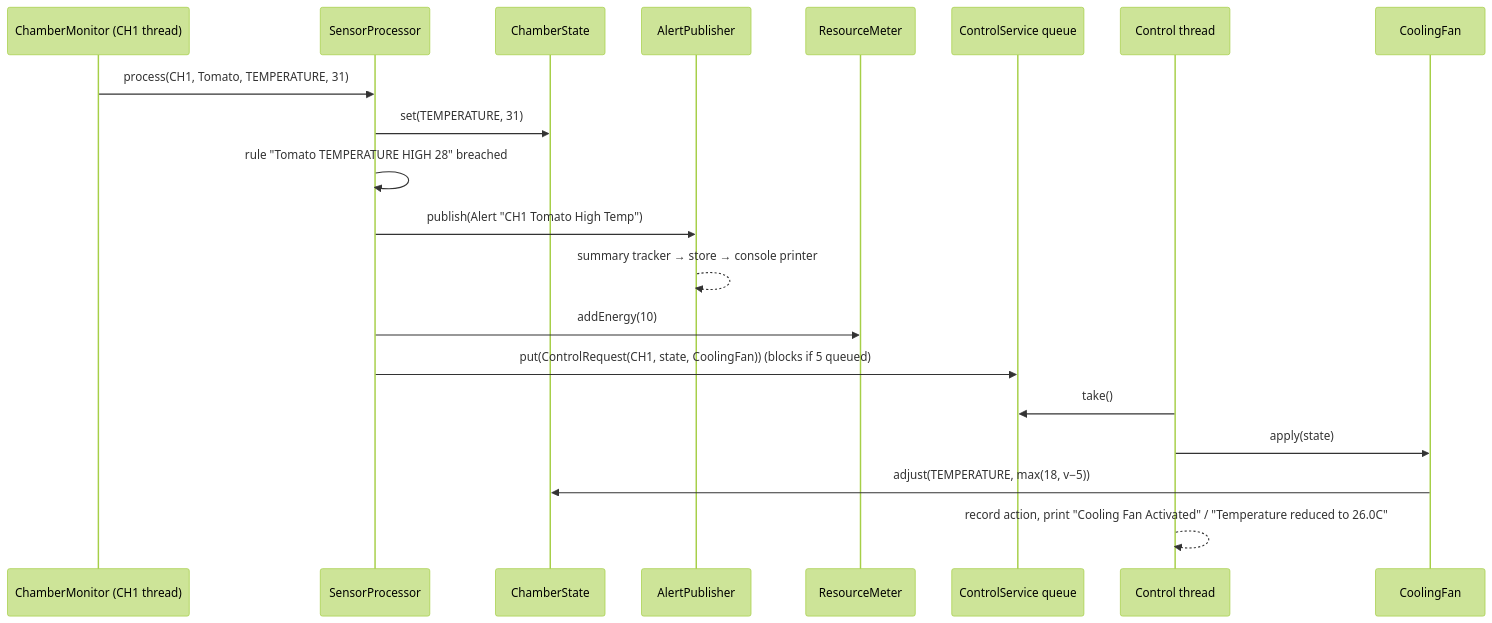
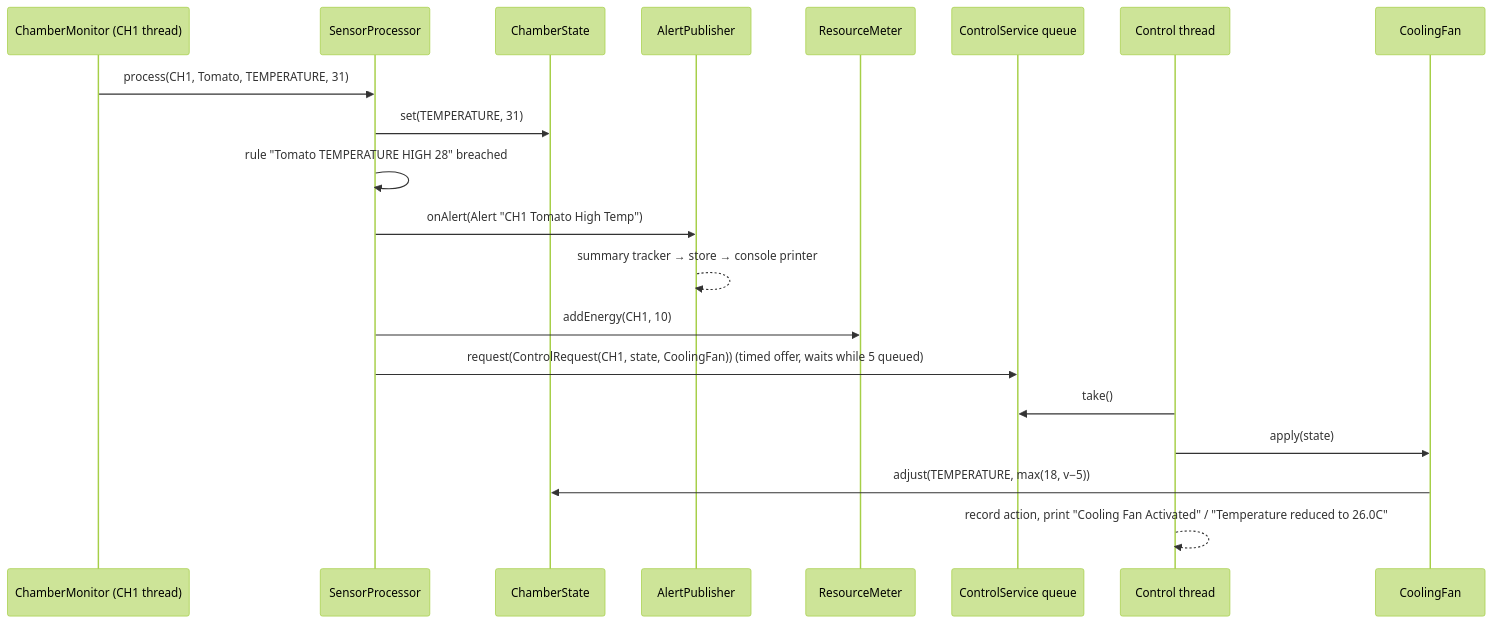
Before and after one commit to ansonpoh/SE301_Project: the second of 2 diagrams in docs/phase2-design.md, drawn with Mermaid (forest theme). The commit also changed other lines of this file and 11 other files, not shown here.

Commit message:
Fix stale and incorrect doc details (crops.csv columns, diagram, package table, phase docs), regenerate README.pdf and run.jar

````diff
--- a/docs/phase2-design.md
+++ b/docs/phase2-design.md
@@ -225,23 +229,23 @@
 ```mermaid
 sequenceDiagram
     participant M as ChamberMonitor (CH1 thread)
     participant P as SensorProcessor
     participant S as ChamberState
     participant A as AlertPublisher
     participant R as ResourceMeter
     participant Q as ControlService queue
     participant C as Control thread
     participant F as CoolingFan
 
     M->>P: process(CH1, Tomato, TEMPERATURE, 31)
     P->>S: set(TEMPERATURE, 31)
     P->>P: rule "Tomato TEMPERATURE HIGH 28" breached
-    P->>A: publish(Alert "CH1 Tomato High Temp")
+    P->>A: onAlert(Alert "CH1 Tomato High Temp")
     A-->>A: summary tracker → store → console printer
-    P->>R: addEnergy(10)
-    P->>Q: put(ControlRequest(CH1, state, CoolingFan))  (blocks if 5 queued)
+    P->>R: addEnergy(CH1, 10)
+    P->>Q: request(ControlRequest(CH1, state, CoolingFan))  (timed offer, waits while 5 queued)
     C->>Q: take()
     C->>F: apply(state)
     F->>S: adjust(TEMPERATURE, max(18, v−5))
     C-->>C: record action, print "Cooling Fan Activated" / "Temperature reduced to 26.0C"
 ```
````
